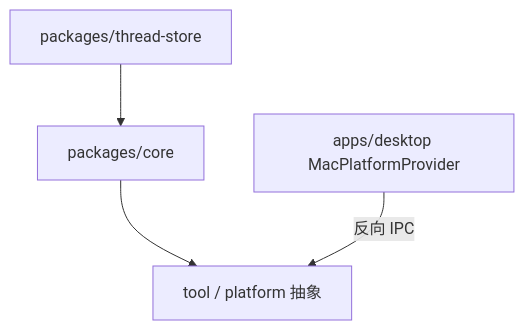
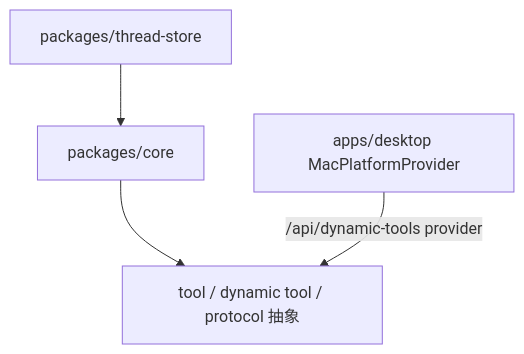
Before and after one commit to Lixuhang987/Wisp-Pocket: the diagram in packages/packages.md, drawn with Mermaid. The commit also changed other lines of this file and 115 other files, not shown here.

Commit message:
Implement dynamic tool provider routing

````diff
--- a/packages/packages.md
+++ b/packages/packages.md
@@ -14,6 +14,6 @@
 ```mermaid
 flowchart TD
-  A[packages/core] --> B[tool / platform 抽象]
+  A[packages/core] --> B[tool / dynamic tool / protocol 抽象]
   S[packages/thread-store] --> A
-  C[apps/desktop MacPlatformProvider] -->|反向 IPC| B
+  C[apps/desktop MacPlatformProvider] -->|/api/dynamic-tools provider| B
 ```
````
